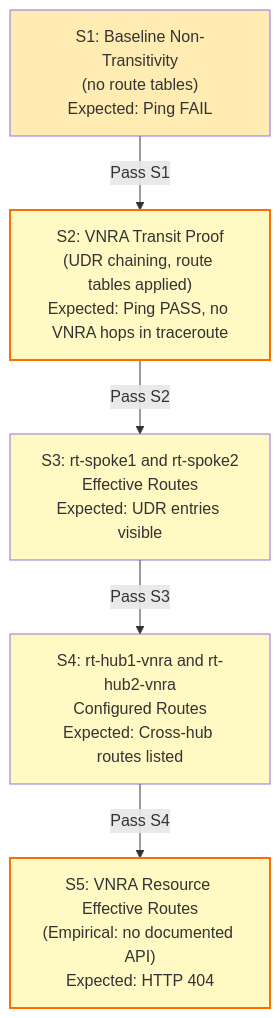
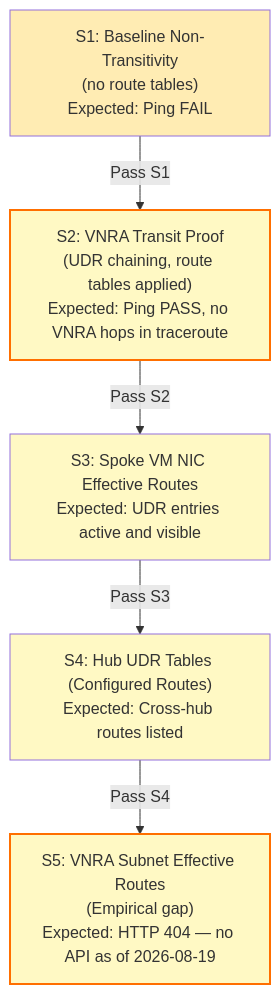
Before and after one commit to erjosito/azure-networking-blog: the fourth of 5 diagrams in dual-hub-vnra-udr-transit/README.md, drawn with Mermaid. The commit also changed other lines of this file and 1 other file, not shown here.

First line of the commit message:
reframe(dual-hub-vnra-udr-transit): design+observability lead; peering as closing field note (#7)

````diff
--- a/dual-hub-vnra-udr-transit/README.md
+++ b/dual-hub-vnra-udr-transit/README.md
@@ -265,19 +171,19 @@
 ```mermaid
 graph TD
     S1["S1: Baseline Non-Transitivity<br/>(no route tables)<br/>Expected: Ping FAIL"]
     S2["S2: VNRA Transit Proof<br/>(UDR chaining, route tables applied)<br/>Expected: Ping PASS, no VNRA hops in traceroute"]
-    S3["S3: rt-spoke1 and rt-spoke2<br/>Effective Routes<br/>Expected: UDR entries visible"]
-    S4["S4: rt-hub1-vnra and rt-hub2-vnra<br/>Configured Routes<br/>Expected: Cross-hub routes listed"]
-    S5["S5: VNRA Resource Effective Routes<br/>(Empirical: no documented API)<br/>Expected: HTTP 404"]
+    S3["S3: Spoke VM NIC Effective Routes<br/>Expected: UDR entries active and visible"]
+    S4["S4: Hub UDR Tables (Configured Routes)<br/>Expected: Cross-hub routes listed"]
+    S5["S5: VNRA Subnet Effective Routes<br/>(Empirical gap)<br/>Expected: HTTP 404 — no API as of 2026-08-19"]
 
     S1 -->|Pass S1| S2
     S2 -->|Pass S2| S3
     S3 -->|Pass S3| S4
     S4 -->|Pass S4| S5
 
     style S1 fill:#ffecb3
     style S2 fill:#fff9c4,stroke:#ff6f00,stroke-width:2px
     style S3 fill:#fff9c4
     style S4 fill:#fff9c4
     style S5 fill:#fff9c4,stroke:#ff6f00,stroke-width:2px
 ```
````
